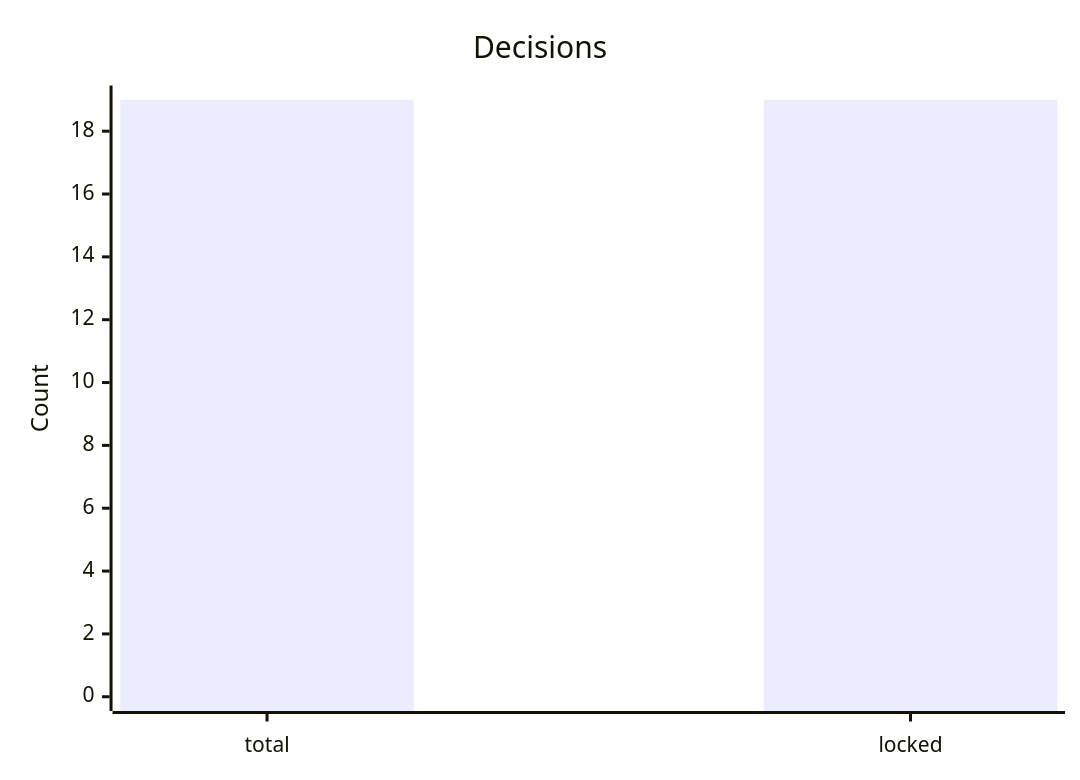
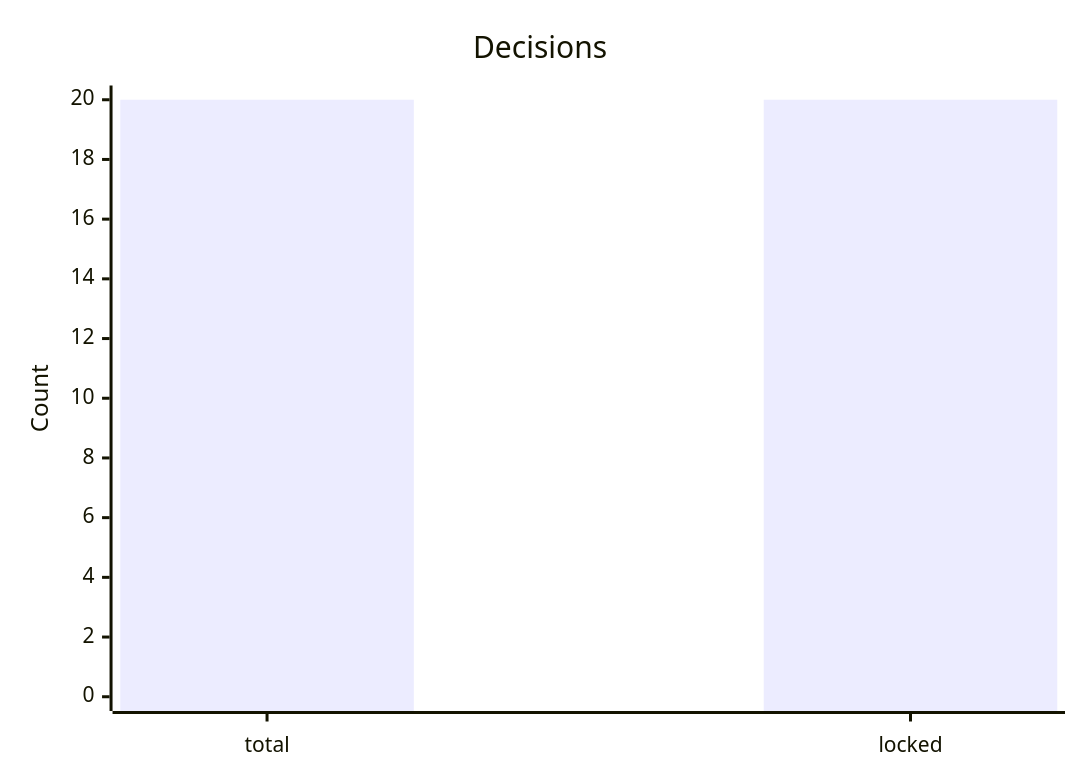
Before and after one commit to SH99999/mediastreamer: the diagram in reports/status/decisions.md, drawn with Mermaid. The commit also changed other lines of this file and 20 other files, not shown here.

Commit message:
Implement P2 status_packet_v1 schema and report adapter

````diff
--- a/reports/status/decisions.md
+++ b/reports/status/decisions.md
@@ -23,7 +28,7 @@
 ```mermaid
 xychart-beta
     title "Decisions"
     x-axis ["total", "locked"]
-    y-axis "Count" 0 --> 19
-    bar [19, 19]
+    y-axis "Count" 0 --> 20
+    bar [20, 20]
 ```
````
